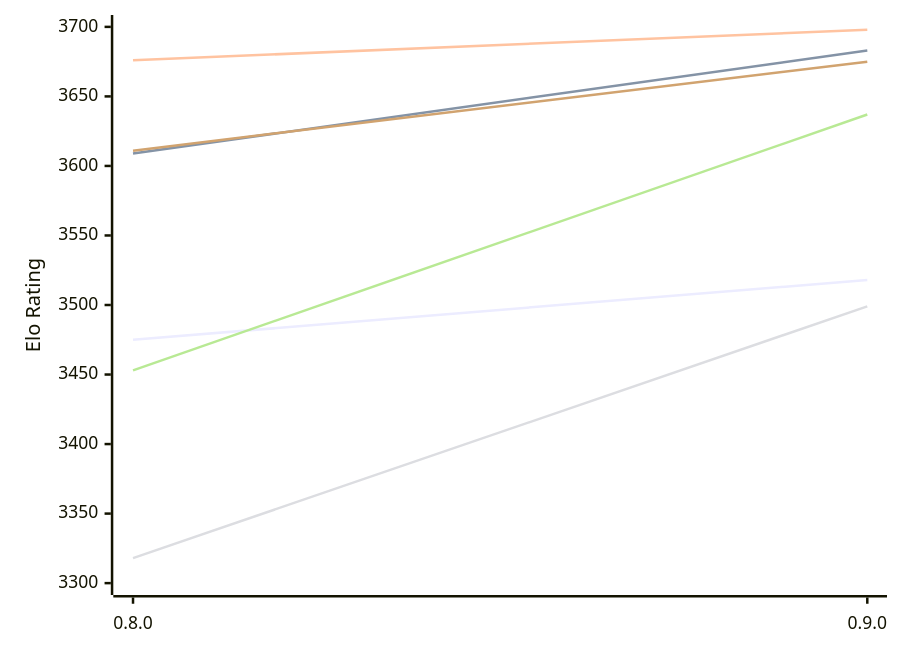
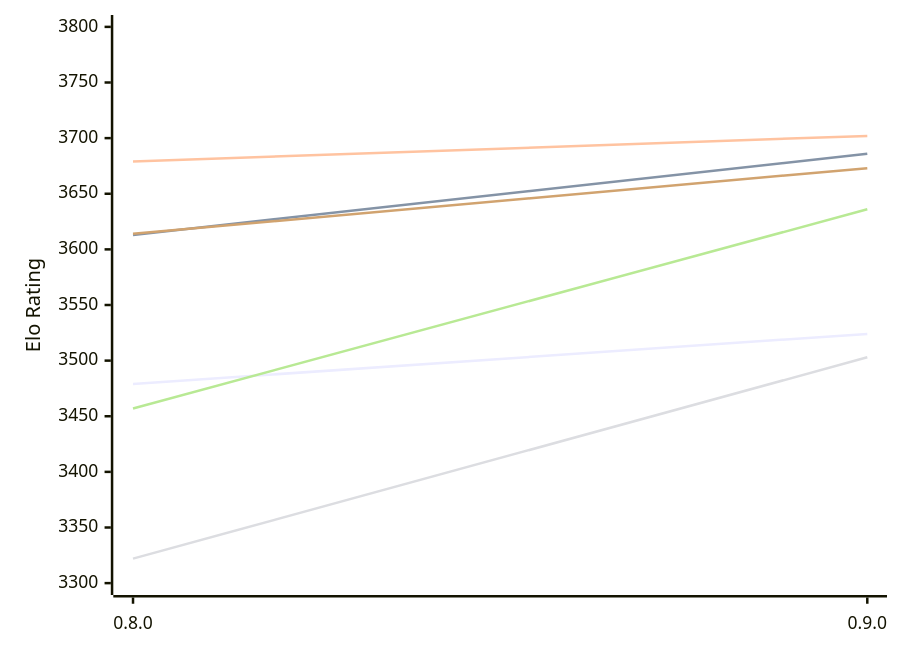
One commit to computer-chess-index/cci changed the first of 2 diagrams in engines/Reckless.md. Above: the diagram before and after it, drawn with Mermaid. The commit also changed other lines of this file, not shown here.

Commit message:
Update CCI Ratings (ELO VLTC) - 2026-11-20

````diff
--- a/engines/Reckless.md
+++ b/engines/Reckless.md
@@ -50,12 +50,12 @@
 ```mermaid
 %%{init: {"theme":"base","themeVariables":{"seriesColors:['#a3a3a3','#222221','#faa371']}}}%%
 xychart-beta
   x-axis ["0.8.0", "0.9.0"]
-  y-axis "Elo Rating" 3300 --> 3700
-  line "E1: STC (8.0+0.08s)" [3475, 3518]
-  line "E1: LTC (60.0+0.60s)" [3609, 3683]
-  line "E1: VLTC (2m24s+1.12s)" [3676, 3698]
-  line "P1: STC (8.0+0.08s)" [3318, 3499]
-  line "P1: LTC (60.0+0.60s)" [3453, 3637]
-  line "P1: VLTC (2m24s+1.12s)" [3611, 3675]
+  y-axis "Elo Rating" 3300 --> 3800
+  line "E1: STC (8.0+0.08s)" [3479, 3524]
+  line "E1: LTC (60.0+0.60s)" [3613, 3686]
+  line "E1: VLTC (2m24s+1.12s)" [3679, 3702]
+  line "P1: STC (8.0+0.08s)" [3322, 3503]
+  line "P1: LTC (60.0+0.60s)" [3457, 3636]
+  line "P1: VLTC (2m24s+1.12s)" [3614, 3673]
 ```
````
